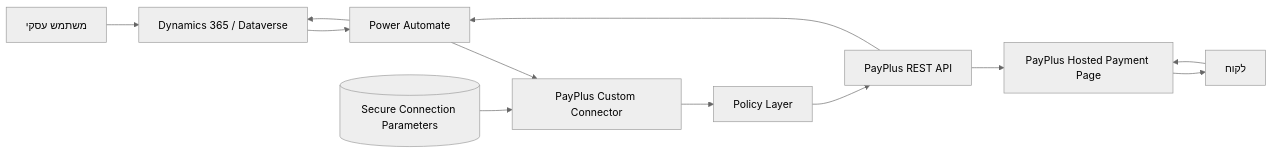
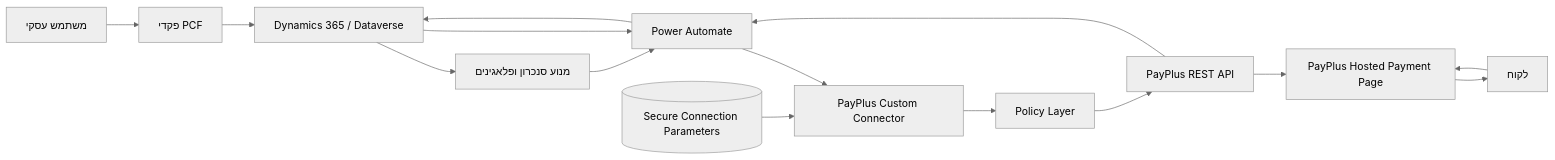
The first of 4 diagrams in docs/he/architecture.md (alexander-you/payplus-power-platform-connector), drawn with Mermaid (neutral theme) before and after one commit. The commit also changed other lines of this file and 2 other files, not shown here.

Commit message:
docs: document full solution (sync engine, PCF, tokenization, documents) in README + architecture (EN + HE)

````diff
--- a/docs/he/architecture.md
+++ b/docs/he/architecture.md
@@ -144,24 +215,29 @@
 ```mermaid
 flowchart LR
     user[משתמש עסקי]
+    pcf[פקדי PCF]
     d365[Dynamics 365 / Dataverse]
+    sync[מנוע סנכרון ופלאגינים]
     flow[Power Automate]
     connector[PayPlus Custom Connector]
     connParams[(Secure Connection Parameters)]
     policy[Policy Layer]
     api[PayPlus REST API]
     hosted[PayPlus Hosted Payment Page]
     customer[לקוח]
 
-    user --> d365
+    user --> pcf
+    pcf --> d365
+    d365 --> sync
+    sync --> flow
     d365 --> flow
     flow --> connector
     connParams --> connector
     connector --> policy
     policy --> api
     api --> hosted
     hosted --> customer
     customer --> hosted
     api --> flow
     flow --> d365
 ```
````
